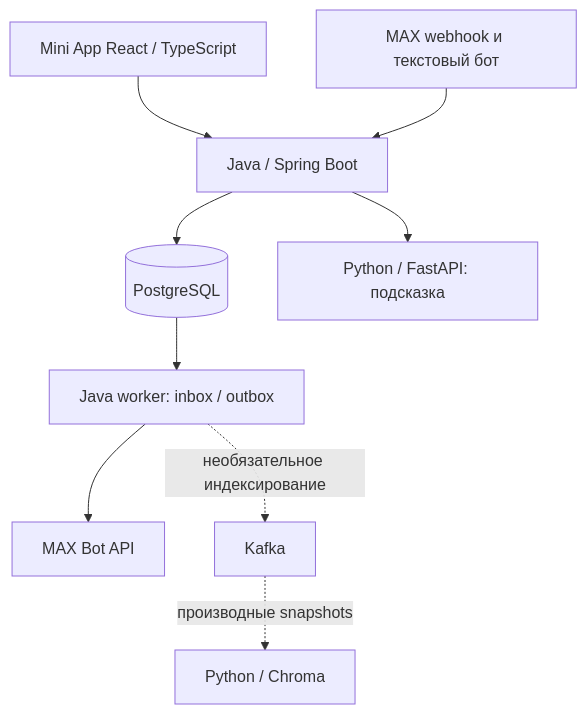
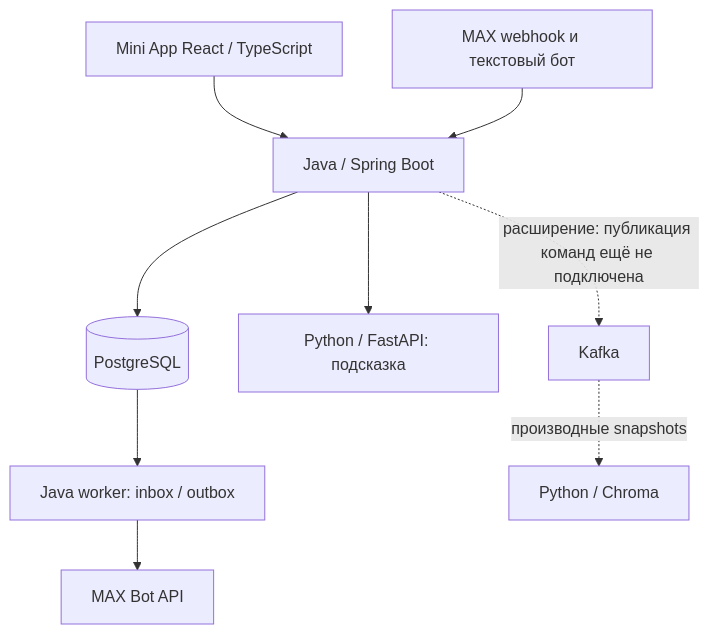
One commit to coder-smookki/VkEducation-and-MessangerMax-Hackathon-2026 changed the diagram in docs/architecture.md. Above: the diagram before and after it, drawn with Mermaid. The commit also changed other lines of this file and 54 other files, not shown here.

````diff
--- a/docs/architecture.md
+++ b/docs/architecture.md
@@ -13,11 +15,11 @@
 ```mermaid
 flowchart TD
   M[Mini App React / TypeScript] --> J[Java / Spring Boot]
   B[MAX webhook и текстовый бот] --> J
   J --> P[(PostgreSQL)]
   J --> Y[Python / FastAPI: подсказка]
   P --> O[Java worker: inbox / outbox]
   O --> X[MAX Bot API]
-  O -. необязательное индексирование .-> K[Kafka]
+  J -. расширение: публикация команд ещё не подключена .-> K[Kafka]
   K -. производные snapshots .-> C[Python / Chroma]
 ```
````
